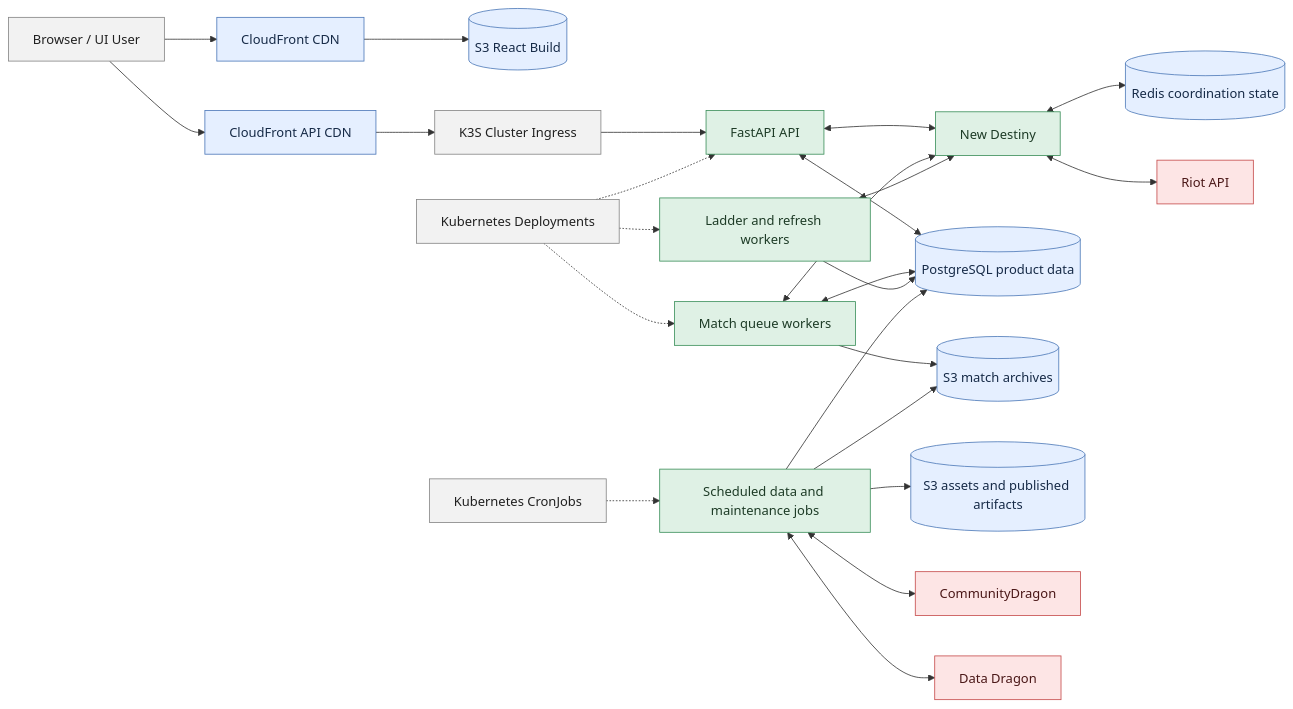
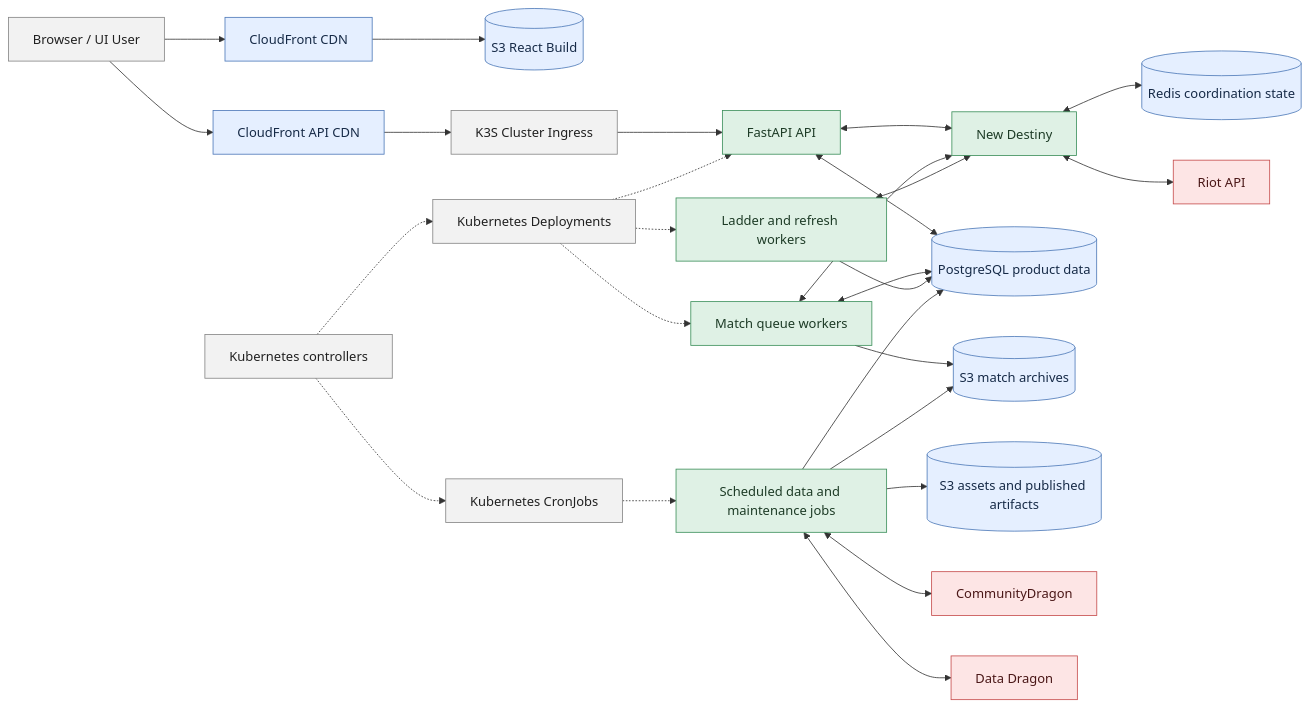
The second of 8 diagrams in docs/backend-runtime.md (winrates-gg/wrgg-public-documentation), drawn with Mermaid before and after one commit. The commit also changed other lines of this file, not shown here.

Commit message:
Tightend up background processing process flow diagrams

````diff
--- a/docs/backend-runtime.md
+++ b/docs/backend-runtime.md
@@ -121,61 +121,64 @@
 ```mermaid
 flowchart LR
     Browser[Browser / UI User]
     CloudFront[CloudFront CDN]
     APICloudFront[CloudFront API CDN]
     PublicSite[(S3 React Build)]
     APIIngress[K3S Cluster Ingress]
     API[FastAPI API]
+    Controllers[Kubernetes controllers]
     Deployments[Kubernetes Deployments]
     CronJobs[Kubernetes CronJobs]
     MatchWorker[Match queue workers]
     LadderWorker[Ladder and refresh workers]
     Jobs[Scheduled data and maintenance jobs]
     NewDestiny[New Destiny]
     Redis[(Redis coordination state)]
     Postgres[(PostgreSQL product data)]
     Archives[(S3 match archives)]
     Assets[(S3 assets and published artifacts)]
     Riot[Riot API]
     CommunityDragon[CommunityDragon]
     DataDragon[Data Dragon]
 
     Browser --> CloudFront
     CloudFront --> PublicSite
     Browser --> APICloudFront
     APICloudFront --> APIIngress
     APIIngress --> API
 
+    Controllers -.-> Deployments
+    Controllers -.-> CronJobs
     Deployments -.-> API
     Deployments -.-> MatchWorker
     Deployments -.-> LadderWorker
     CronJobs -.-> Jobs
 
     API <--> NewDestiny
     MatchWorker <--> NewDestiny
     LadderWorker <--> NewDestiny
     NewDestiny <--> Redis
     NewDestiny <--> Riot
 
     API <--> Postgres
     MatchWorker <--> Postgres
     MatchWorker --> Archives
     LadderWorker --> Postgres
     Jobs <--> CommunityDragon
     Jobs <--> DataDragon
     Jobs --> Postgres
     Jobs --> Assets
     Jobs --> Archives
 
     classDef user fill:#f2f2f2,stroke:#858585,color:#202020
     classDef platform fill:#f2f2f2,stroke:#858585,color:#202020
     classDef backend fill:#dff1e5,stroke:#3b8f5a,color:#1d3b26
     classDef aws fill:#e5efff,stroke:#4c78b8,color:#162a47
     classDef external fill:#fde5e5,stroke:#c54b4b,color:#4a1717
 
     class Browser user
-    class Deployments,CronJobs,APIIngress platform
+    class Controllers,Deployments,CronJobs,APIIngress platform
     class API,MatchWorker,LadderWorker,Jobs,NewDestiny backend
     class CloudFront,APICloudFront,PublicSite,Redis,Postgres,Archives,Assets aws
     class Riot,CommunityDragon,DataDragon external
 ```
````
